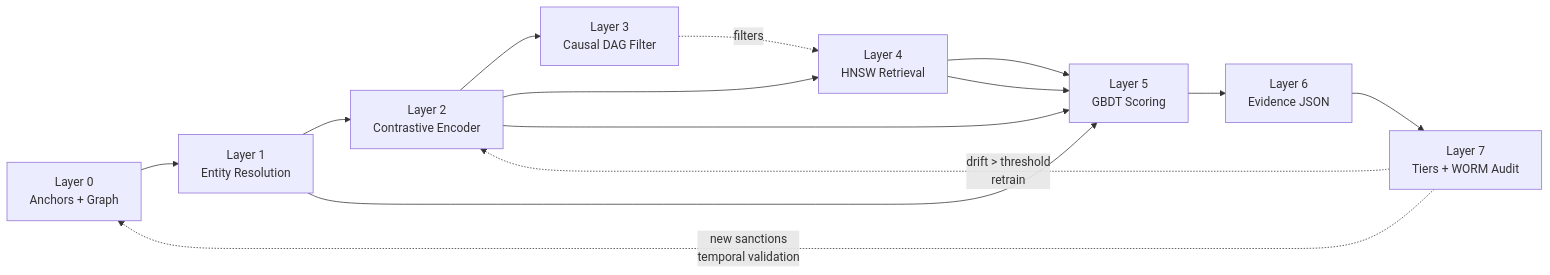
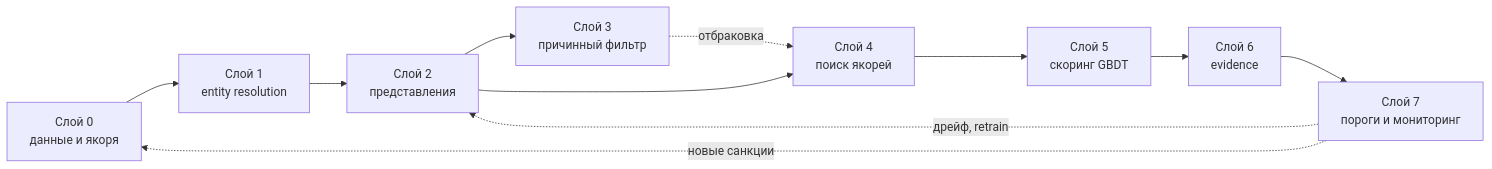
Before and after one commit to Spillety/Spillety: the diagram in docs/architecture.md, drawn with Mermaid. The commit also changed other lines of this file and 46 other files, not shown here.

````diff
--- a/docs/architecture.md
+++ b/docs/architecture.md
@@ -8,14 +16,13 @@
 ```mermaid
 flowchart LR
-    L0["Layer 0<br/>Anchors + Graph"] --> L1["Layer 1<br/>Entity Resolution"]
-    L1 --> L2["Layer 2<br/>Contrastive Encoder"]
-    L2 --> L3["Layer 3<br/>Causal DAG Filter"]
-    L2 --> L4["Layer 4<br/>HNSW Retrieval"]
-    L3 -. filters .-> L4
-    L4 --> L5["Layer 5<br/>GBDT Scoring"]
-    L1 & L2 & L4 --> L5
-    L5 --> L6["Layer 6<br/>Evidence JSON"]
-    L6 --> L7["Layer 7<br/>Tiers + WORM Audit"]
-    L7 -. "new sanctions<br/>temporal validation" .-> L0
-    L7 -. "drift > threshold<br/>retrain" .-> L2
+    L0["Слой 0<br/>данные и якоря"] --> L1["Слой 1<br/>entity resolution"]
+    L1 --> L2["Слой 2<br/>представления"]
+    L2 --> L3["Слой 3<br/>причинный фильтр"]
+    L2 --> L4["Слой 4<br/>поиск якорей"]
+    L3 -. отбраковка .-> L4
+    L4 --> L5["Слой 5<br/>скоринг GBDT"]
+    L5 --> L6["Слой 6<br/>evidence"]
+    L6 --> L7["Слой 7<br/>пороги и мониторинг"]
+    L7 -. новые санкции .-> L0
+    L7 -. дрейф, retrain .-> L2
 ```
````
